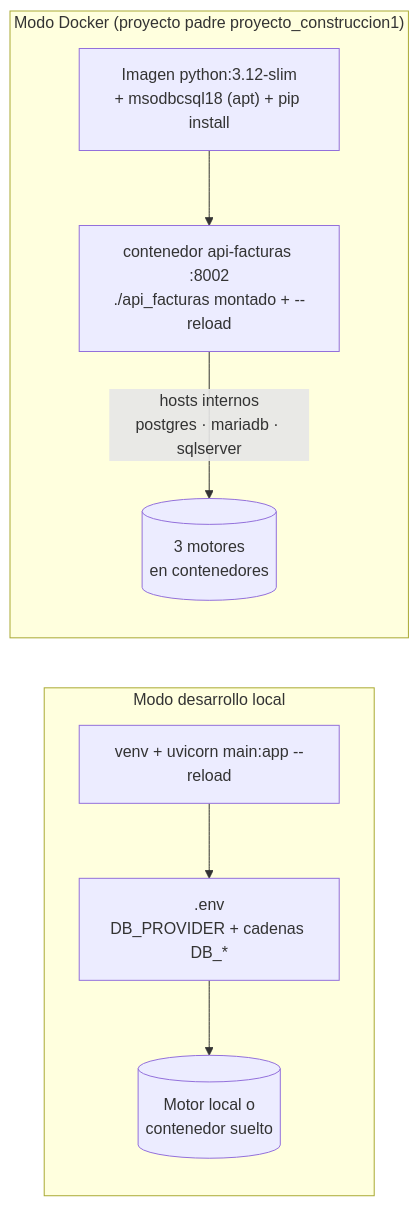
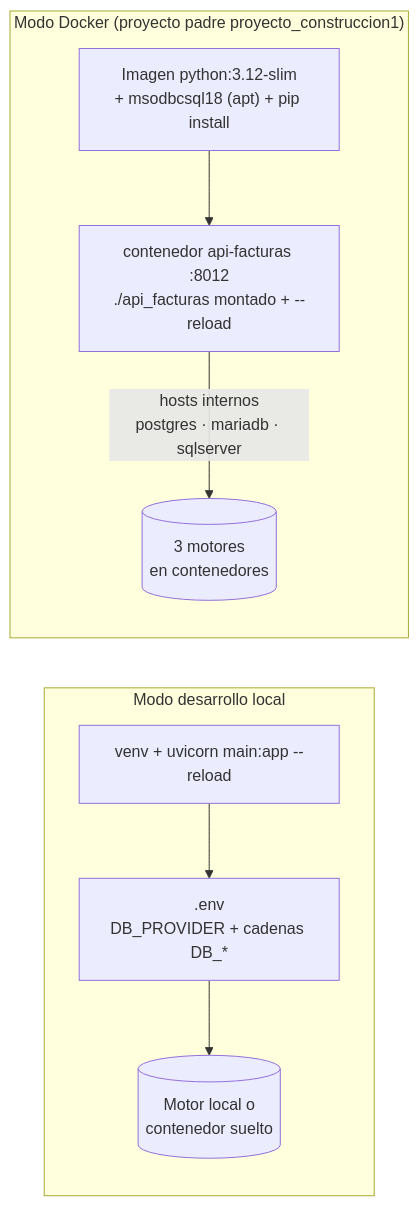
One commit to ccastro2050/proyecto_construccion1 changed the eighth of 8 diagrams in api_facturas/README.md. Above: the diagram before and after it, drawn with Mermaid. The commit also changed other lines of this file and 60 other files, not shown here.

````diff
--- a/api_facturas/README.md
+++ b/api_facturas/README.md
@@ -848,14 +848,14 @@
 ```mermaid
 flowchart LR
     subgraph DEV["Modo desarrollo local"]
         VENV["venv + uvicorn main:app --reload"] --> ENVF[".env<br/>DB_PROVIDER + cadenas DB_*"]
         ENVF --> LOCALBD[("Motor local o<br/>contenedor suelto")]
     end
 
     subgraph DOCKER["Modo Docker (proyecto padre proyecto_construccion1)"]
         IMG["Imagen python:3.12-slim<br/>+ msodbcsql18 (apt) + pip install"]
-        CONT["contenedor api-facturas :8002<br/>./api_facturas montado + --reload"]
+        CONT["contenedor api-facturas :8012<br/>./api_facturas montado + --reload"]
         IMG --> CONT
         CONT -->|"hosts internos<br/>postgres · mariadb · sqlserver"| BDS[("3 motores<br/>en contenedores")]
     end
 ```
````
